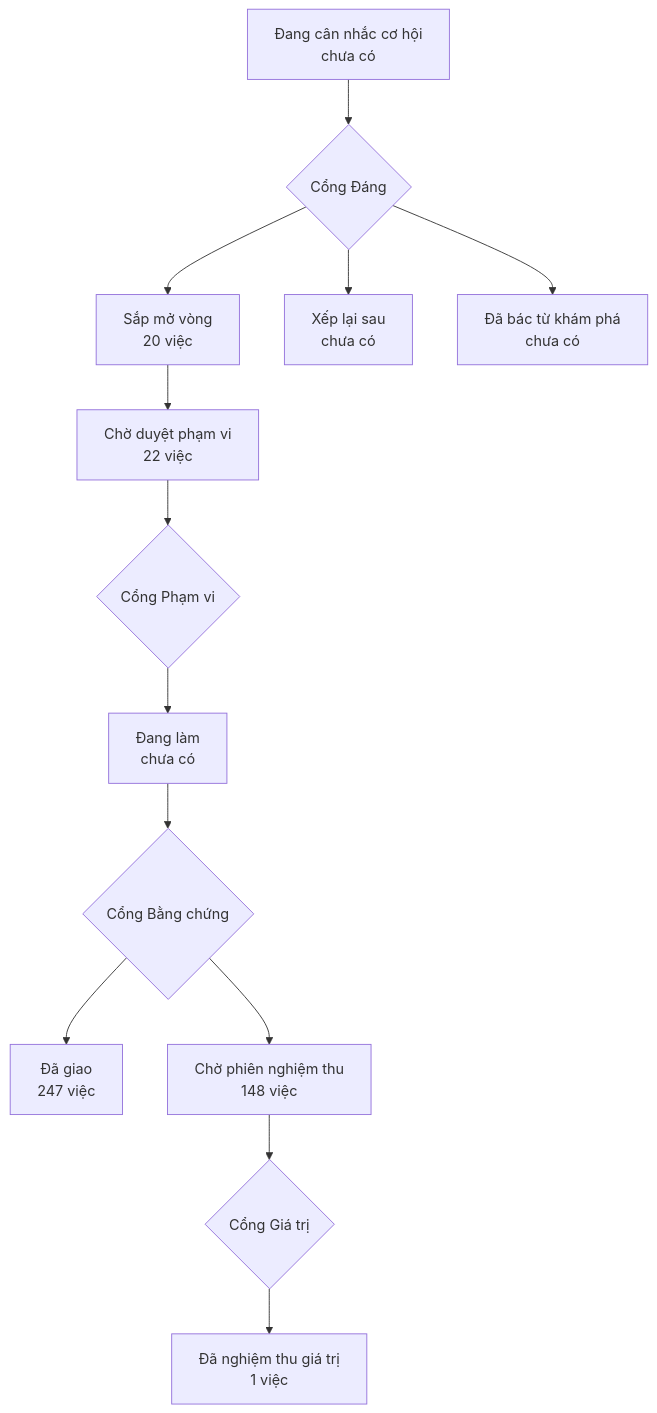
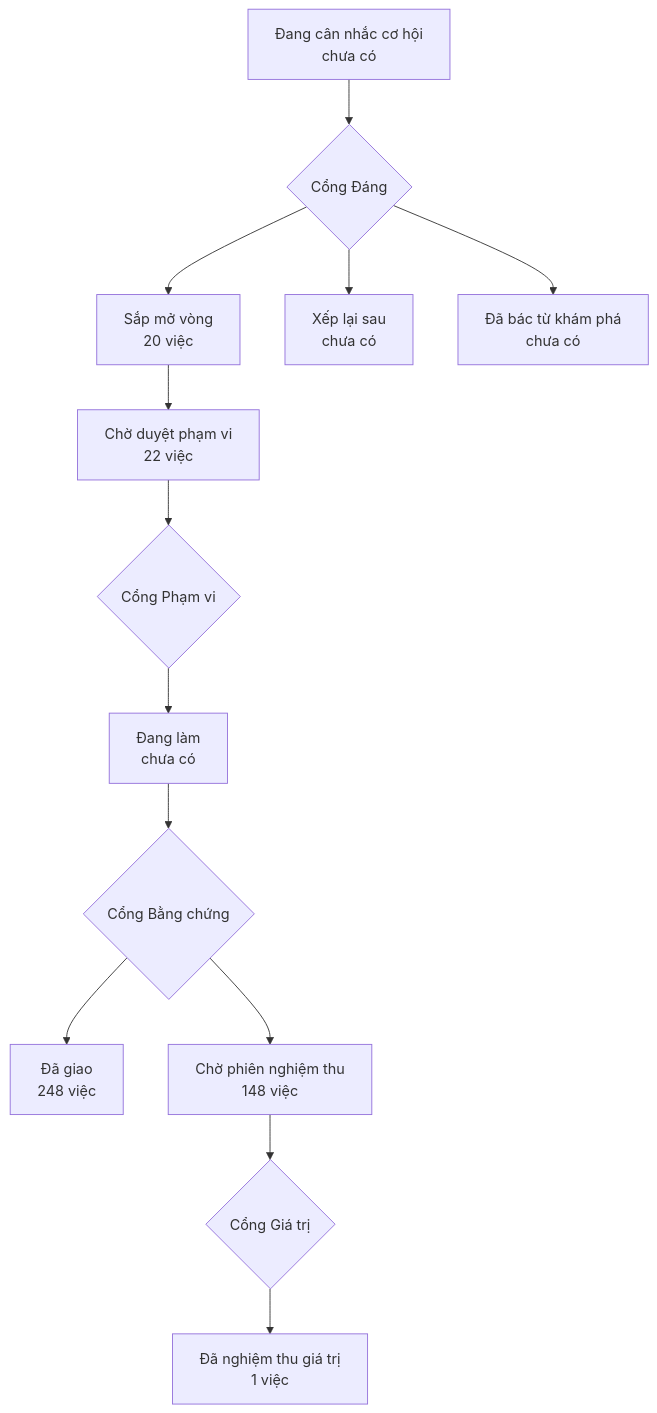
One commit to phanlemanh/onehub-invest changed the diagram in PRODUCT-MAP.md. Above: the diagram before and after it, drawn with Mermaid. The commit also changed other lines of this file and 21 other files, not shown here.

````diff
--- a/PRODUCT-MAP.md
+++ b/PRODUCT-MAP.md
@@ -7,12 +7,12 @@
 ```mermaid
 flowchart TD
   A["Đang cân nhắc cơ hội<br/>chưa có"] --> GD{"Cổng Đáng"}
   GD --> B["Sắp mở vòng<br/>20 việc"]
   GD --> XL["Xếp lại sau<br/>chưa có"]
   GD --> DB["Đã bác từ khám phá<br/>chưa có"]
   B --> CD["Chờ duyệt phạm vi<br/>22 việc"] --> GP{"Cổng Phạm vi"}
   GP --> DL["Đang làm<br/>chưa có"] --> GB{"Cổng Bằng chứng"}
-  GB --> DG["Đã giao<br/>247 việc"]
+  GB --> DG["Đã giao<br/>248 việc"]
   GB --> CN["Chờ phiên nghiệm thu<br/>148 việc"] --> GG{"Cổng Giá trị"}
   GG --> NT["Đã nghiệm thu giá trị<br/>1 việc"]
 ```
````
